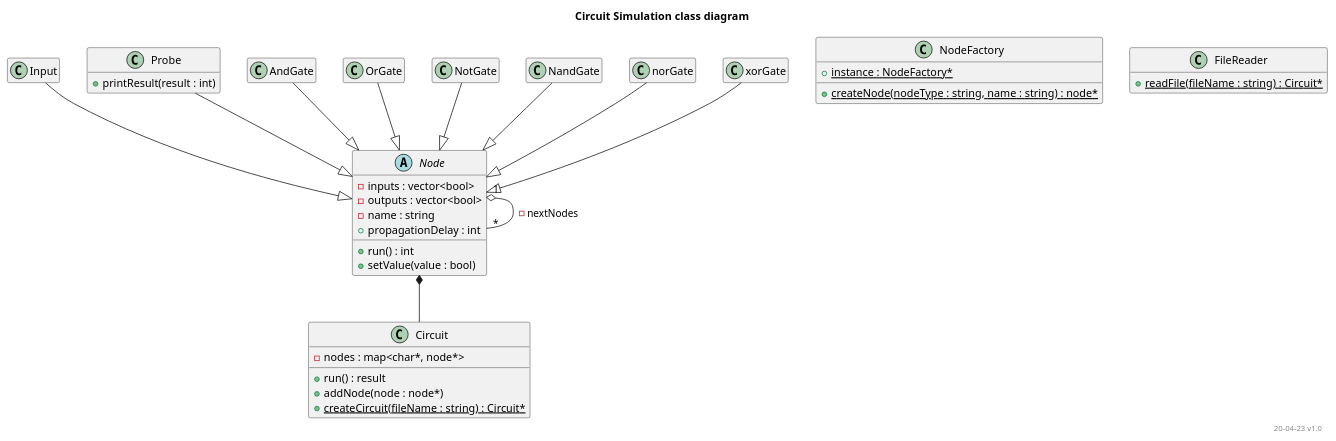
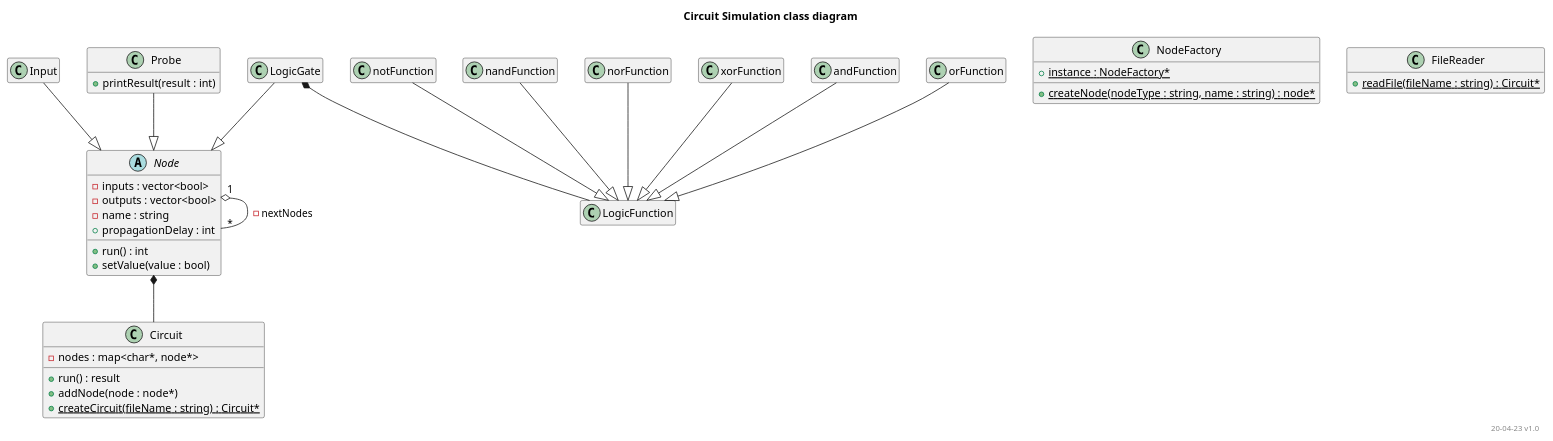
Before and after one commit to JeeJay23/DEPA_eindopdr: the diagram in documentation/ClassDiagram.puml, drawn with PlantUML. The commit also changed 4 other files, not shown here.

```diff
--- a/documentation/ClassDiagram.puml
+++ b/documentation/ClassDiagram.puml
@@ -1,67 +1,64 @@
 @startuml classDiagram
 
 title Circuit Simulation class diagram
 right footer "20-04-23 v1.0"
 
 hide empty members
+
+class logicGate as "LogicGate" {
+}
 
 abstract class node as "Node" {
     - inputs : vector<bool>
     - outputs : vector<bool>
     - name : string
     + propagationDelay : int
     + run() : int 
     + setValue(value : bool)
 }
 
+class logicFunction as "LogicFunction" {
+
+}
+
 class circuit as "Circuit" {
-
     'store nodes by name as identifier'
     - nodes : map<char*, node*>
 
     + run() : result
     + addNode(node : node*)
     + {static} createCircuit(fileName : string) : Circuit*
 }
 
 class input as "Input" {
 }
 class probe as "Probe" {
     + printResult(result : int)
 }
-class andGate as "AndGate" {
-}
-class orGate as "OrGate" {
-}
-class notGate as "NotGate" {
-}
-class nandGate as "NandGate" {
-}
-class norGate as "norGate" {
-}
-class xorGate as "xorGate" {
-}
 
 class nodeFactory as "NodeFactory" {
     + {static} instance : NodeFactory*
     + {static} createNode(nodeType : string, name : string) : node*
 }
 
 class fileReader as "FileReader" {
     + {static} readFile(fileName : string) : Circuit*
 }
 
 node *-- circuit
 node "1" o-- "*" node : - nextNodes
-andGate --|> node
-orGate --|> node
-notGate --|> node
-nandGate --|> node
-norGate --|> node
-xorGate --|> node
+
 input --|> node
 probe --|> node
+logicGate --|> node
 
+logicGate *-- logicFunction
 
+andFunction --|> logicFunction
+orFunction --|> logicFunction
+notFunction --|> logicFunction
+nandFunction --|> logicFunction
+norFunction --|> logicFunction
+xorFunction --|> logicFunction
 
 @enduml
```
